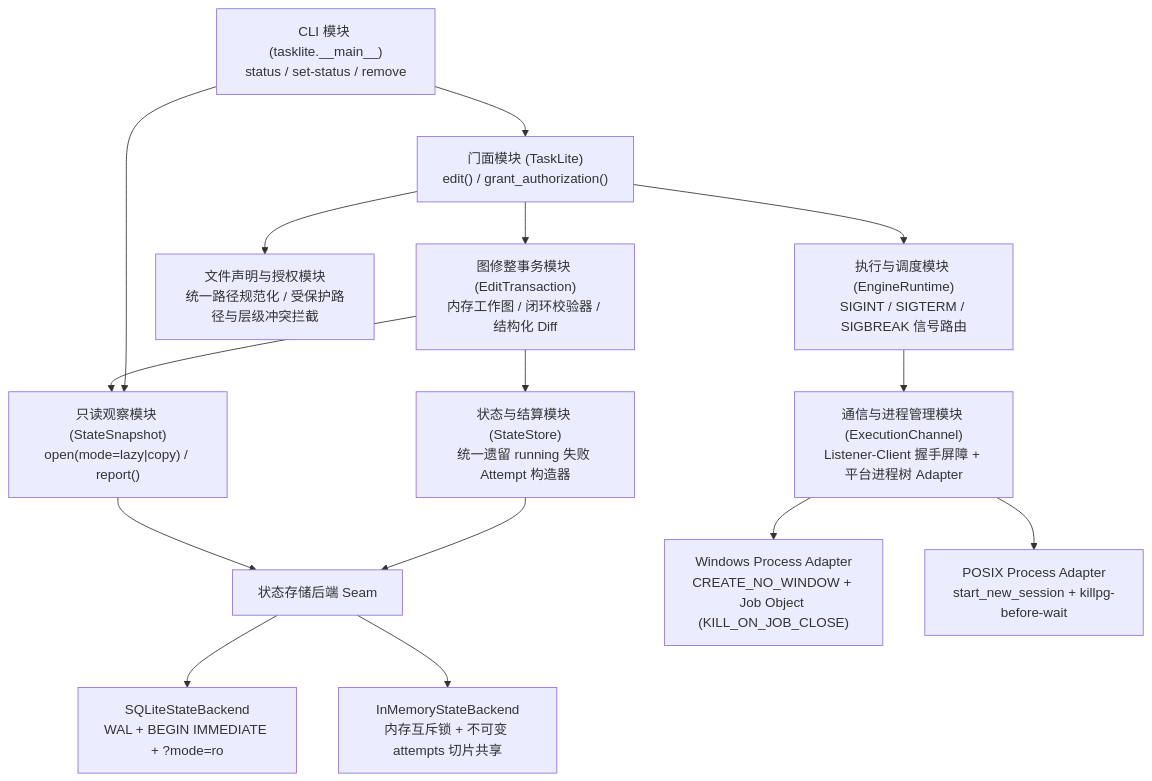
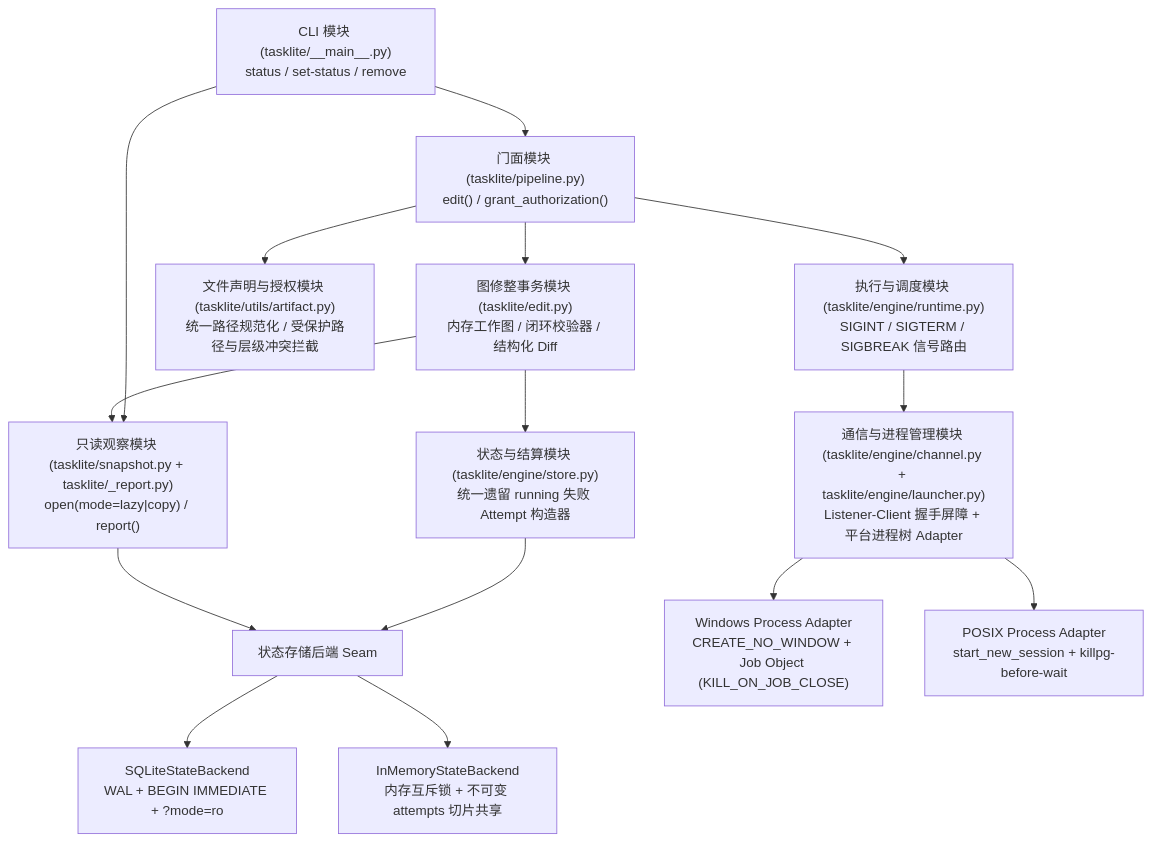
The diagram in docs/adr/0012-graph-edit-snapshot-preauth-and-platform-parity.md (CaptainLi321/tasklite), drawn with Mermaid before and after one commit. The commit also changed other lines of this file and 6 other files, not shown here.

````diff
--- a/docs/adr/0012-graph-edit-snapshot-preauth-and-platform-parity.md
+++ b/docs/adr/0012-graph-edit-snapshot-preauth-and-platform-parity.md
@@ -262,17 +262,17 @@
 ```mermaid
 flowchart TD
-    CLI["CLI 模块 (tasklite.__main__)\nstatus / set-status / remove"] --> Facade["门面模块 (TaskLite)\nedit() / grant_authorization()"]
-    CLI --> Snap["只读观察模块 (StateSnapshot)\nopen(mode=lazy|copy) / report()"]
-    Facade --> EditTx["图修整事务模块 (EditTransaction)\n内存工作图 / 闭环校验器 / 结构化 Diff"]
+    CLI["CLI 模块 (tasklite/__main__.py)\nstatus / set-status / remove"] --> Facade["门面模块 (tasklite/pipeline.py)\nedit() / grant_authorization()"]
+    CLI --> Snap["只读观察模块 (tasklite/snapshot.py + tasklite/_report.py)\nopen(mode=lazy|copy) / report()"]
+    Facade --> EditTx["图修整事务模块 (tasklite/edit.py)\n内存工作图 / 闭环校验器 / 结构化 Diff"]
     EditTx --> Snap
-    EditTx --> Store["状态与结算模块 (StateStore)\n统一遗留 running 失败 Attempt 构造器"]
-    Facade --> Auth["文件声明与授权模块\n统一路径规范化 / 受保护路径与层级冲突拦截"]
-    Facade --> Runtime["执行与调度模块 (EngineRuntime)\nSIGINT / SIGTERM / SIGBREAK 信号路由"]
-    Runtime --> Channel["通信与进程管理模块 (ExecutionChannel)\nListener-Client 握手屏障 + 平台进程树 Adapter"]
+    EditTx --> Store["状态与结算模块 (tasklite/engine/store.py)\n统一遗留 running 失败 Attempt 构造器"]
+    Facade --> Auth["文件声明与授权模块 (tasklite/utils/artifact.py)\n统一路径规范化 / 受保护路径与层级冲突拦截"]
+    Facade --> Runtime["执行与调度模块 (tasklite/engine/runtime.py)\nSIGINT / SIGTERM / SIGBREAK 信号路由"]
+    Runtime --> Channel["通信与进程管理模块 (tasklite/engine/channel.py + tasklite/engine/launcher.py)\nListener-Client 握手屏障 + 平台进程树 Adapter"]
     Store --> Seam["状态存储后端 Seam"]
     Snap --> Seam
     Seam --> SQLite["SQLiteStateBackend\nWAL + BEGIN IMMEDIATE + ?mode=ro"]
     Seam --> Mem["InMemoryStateBackend\n内存互斥锁 + 不可变 attempts 切片共享"]
     Channel --> Win["Windows Process Adapter\nCREATE_NO_WINDOW + Job Object (KILL_ON_JOB_CLOSE)"]
     Channel --> Posix["POSIX Process Adapter\nstart_new_session + killpg-before-wait"]
 ```
````
